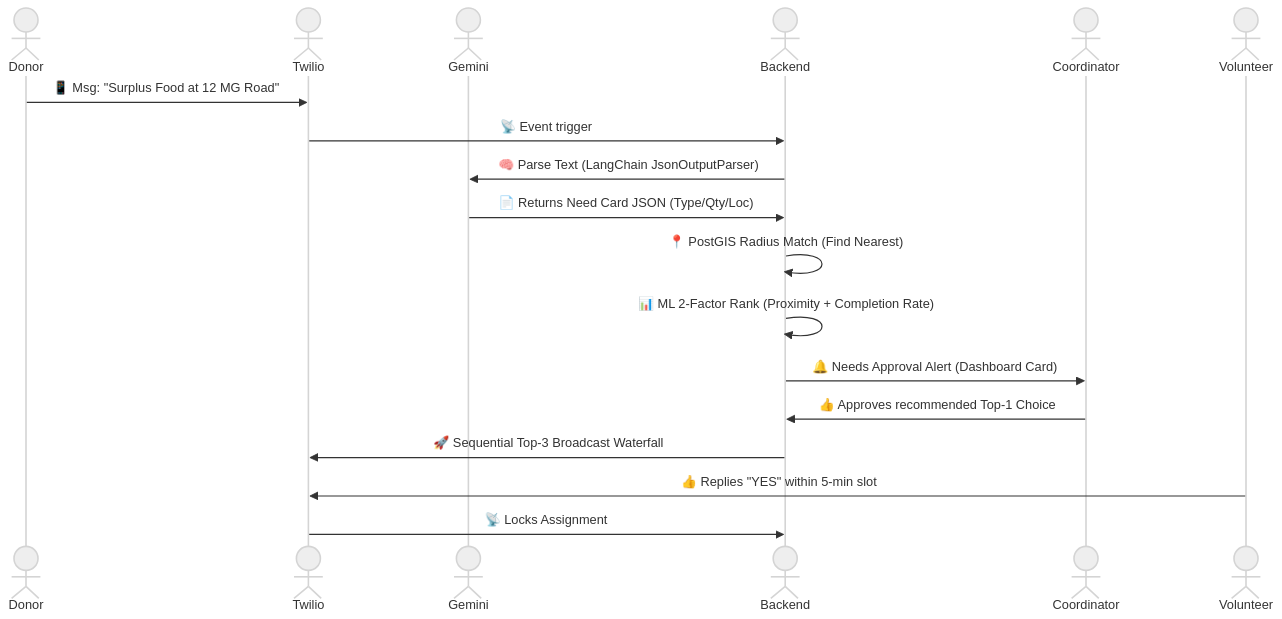
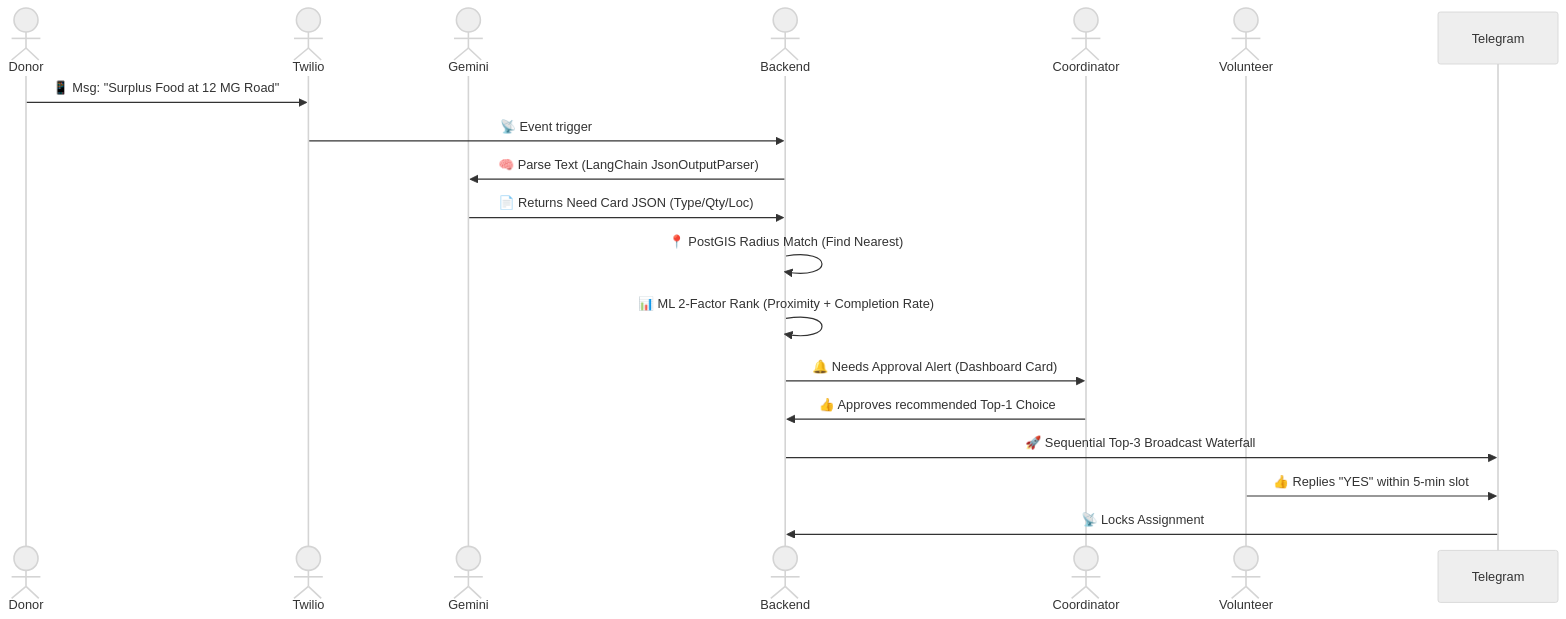
Before and after one commit to bibhav1108/backend: the third of 5 diagrams in docs/operational_workflows.md, drawn with Mermaid (neutral theme). The commit also changed other lines of this file and 11 other files, not shown here.

Commit message:
feat: migrate from Twilio to Telegram Bot API and add Donor flow

````diff
--- a/docs/operational_workflows.md
+++ b/docs/operational_workflows.md
@@ -89,23 +89,23 @@
 ```mermaid
 sequenceDiagram
     actor Donor
     actor Twilio
     actor Gemini
     actor Backend
     actor Coordinator
     actor Volunteer
 
     Donor->>Twilio: 📱 Msg: "Surplus Food at 12 MG Road"
     Twilio->>Backend: 📡 Event trigger
     Backend->>Gemini: 🧠 Parse Text (LangChain JsonOutputParser)
     Gemini->>Backend: 📄 Returns Need Card JSON (Type/Qty/Loc)
     
     Backend->>Backend: 📍 PostGIS Radius Match (Find Nearest)
     Backend->>Backend: 📊 ML 2-Factor Rank (Proximity + Completion Rate)
     Backend->>Coordinator: 🔔 Needs Approval Alert (Dashboard Card)
     Coordinator->>Backend: 👍 Approves recommended Top-1 Choice
     
-    Backend->>Twilio: 🚀 Sequential Top-3 Broadcast Waterfall
-    Volunteer->>Twilio: 👍 Replies "YES" within 5-min slot
-    Twilio->>Backend: 📡 Locks Assignment
+    Backend->>Telegram: 🚀 Sequential Top-3 Broadcast Waterfall
+    Volunteer->>Telegram: 👍 Replies "YES" within 5-min slot
+    Telegram->>Backend: 📡 Locks Assignment
 ```
````
